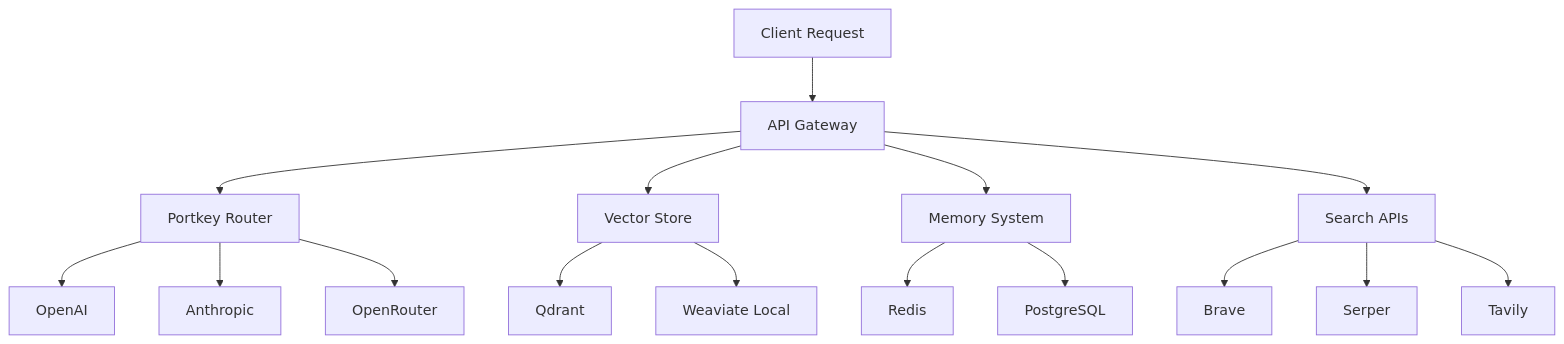
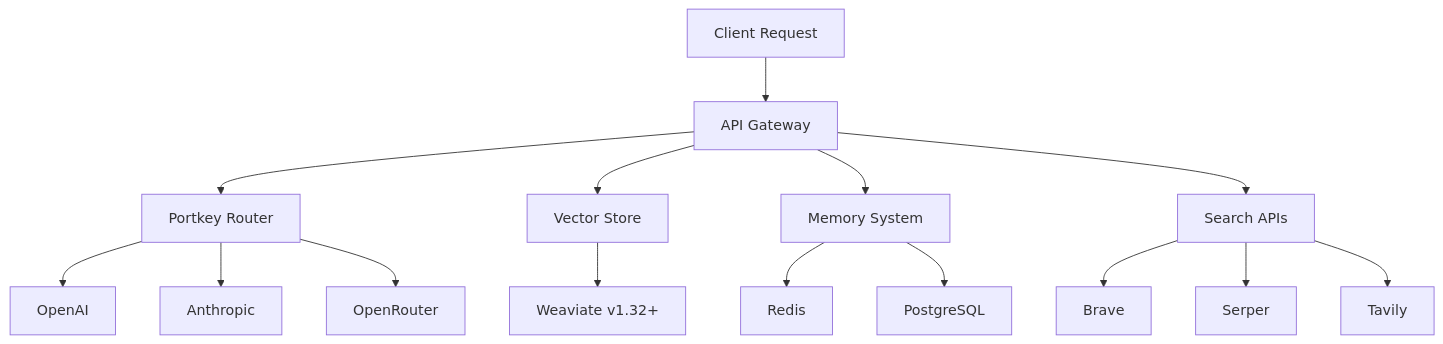
One commit to ai-cherry/sophia-intel-ai changed the diagram in API_KEYS_GUIDE.md. Above: the diagram before and after it, drawn with Mermaid. The commit also changed other lines of this file and 15 other files, not shown here.

First line of the commit message:
feat: Complete Qdrant removal and Weaviate v1.32+ migration

````diff
--- a/API_KEYS_GUIDE.md
+++ b/API_KEYS_GUIDE.md
@@ -138,21 +137,20 @@
 ```mermaid
 graph TD
     A[Client Request] --> B[API Gateway]
     B --> C[Portkey Router]
     C --> D[OpenAI]
     C --> E[Anthropic]
     C --> F[OpenRouter]
     
     B --> G[Vector Store]
-    G --> H[Qdrant]
-    G --> I[Weaviate Local]
+    G --> I[Weaviate v1.32+]
     
     B --> J[Memory System]
     J --> K[Redis]
     J --> L[PostgreSQL]
     
     B --> M[Search APIs]
     M --> N[Brave]
     M --> O[Serper]
     M --> P[Tavily]
 ```
````
